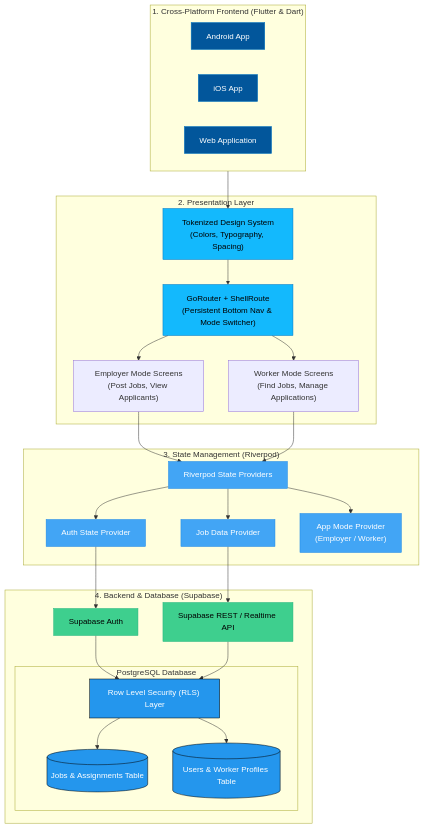
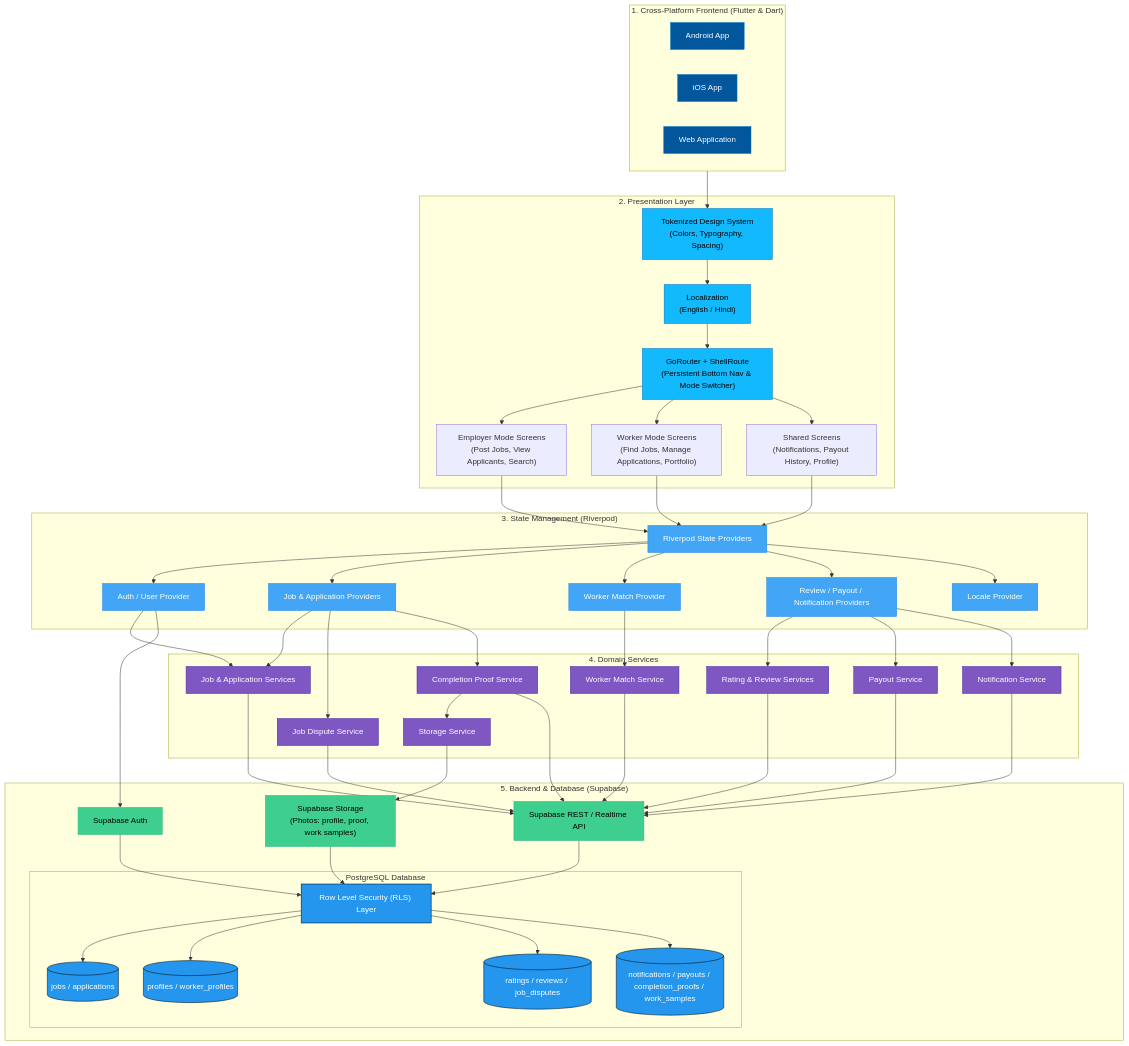
Before and after one commit to sarthakbhagia/Tech-Rush-MVP: the diagram in README.md, drawn with Mermaid. The commit also changed other lines of this file, not shown here.

Commit message:
Updated README file

````diff
--- a/README.md
+++ b/README.md
@@ -62,64 +73,110 @@
     %% UI & Navigation Layer
     subgraph UI_Layer["2. Presentation Layer"]
         DS["Tokenized Design System<br/>(Colors, Typography, Spacing)"]
+        L10N["Localization<br/>(English / Hindi)"]
         GR["GoRouter + ShellRoute<br/>(Persistent Bottom Nav & Mode Switcher)"]
-        
-        EM["Employer Mode Screens<br/>(Post Jobs, View Applicants)"]
-        WM["Worker Mode Screens<br/>(Find Jobs, Manage Applications)"]
+
+        EM["Employer Mode Screens<br/>(Post Jobs, View Applicants, Search)"]
+        WM["Worker Mode Screens<br/>(Find Jobs, Manage Applications, Portfolio)"]
+        SH["Shared Screens<br/>(Notifications, Payout History, Profile)"]
     end
 
     %% State Management Layer
     subgraph State_Layer["3. State Management (Riverpod)"]
         RP["Riverpod State Providers"]
-        AuthProv["Auth State Provider"]
-        JobProv["Job Data Provider"]
-        ModeProv["App Mode Provider<br/>(Employer / Worker)"]
+        AuthProv["Auth / User Provider"]
+        JobProv["Job & Application Providers"]
+        MatchProv["Worker Match Provider"]
+        RevProv["Review / Payout / Notification Providers"]
+        LocaleProv["Locale Provider"]
+    end
+
+    %% Backend Services Layer (Flutter-side service classes)
+    subgraph Service_Layer["4. Domain Services"]
+        JobSvc["Job & Application Services"]
+        MatchSvc["Worker Match Service"]
+        RateSvc["Rating & Review Services"]
+        PayoutSvc["Payout Service"]
+        NotifSvc["Notification Service"]
+        DisputeSvc["Job Dispute Service"]
+        ProofSvc["Completion Proof Service"]
+        StorageSvc["Storage Service"]
     end
 
     %% Backend Services (Supabase)
-    subgraph Backend["4. Backend & Database (Supabase)"]
+    subgraph Backend["5. Backend & Database (Supabase)"]
         S_Auth["Supabase Auth"]
         S_API["Supabase REST / Realtime API"]
-        
+        S_Storage["Supabase Storage<br/>(Photos: profile, proof, work samples)"]
+
         subgraph Postgres["PostgreSQL Database"]
             RLS["Row Level Security (RLS) Layer"]
-            DB_Jobs[("Jobs & Assignments Table")]
-            DB_Users[("Users & Worker Profiles Table")]
+            DB_Jobs[("jobs / applications")]
+            DB_Users[("profiles / worker_profiles")]
+            DB_Trust[("ratings / reviews / job_disputes")]
+            DB_Ops[("notifications / payouts / completion_proofs / work_samples")]
         end
     end
 
     %% Connections
     Platforms --> DS
-    DS --> GR
+    DS --> L10N
+    L10N --> GR
     GR --> EM
     GR --> WM
+    GR --> SH
 
     EM --> RP
     WM --> RP
+    SH --> RP
 
     RP --> AuthProv
     RP --> JobProv
-    RP --> ModeProv
+    RP --> MatchProv
+    RP --> RevProv
+    RP --> LocaleProv
 
+    AuthProv --> JobSvc
+    JobProv --> JobSvc
+    MatchProv --> MatchSvc
+    RevProv --> RateSvc
+    RevProv --> PayoutSvc
+    RevProv --> NotifSvc
+    JobProv --> DisputeSvc
+    JobProv --> ProofSvc
+    ProofSvc --> StorageSvc
+
+    JobSvc --> S_API
+    MatchSvc --> S_API
+    RateSvc --> S_API
+    PayoutSvc --> S_API
+    NotifSvc --> S_API
+    DisputeSvc --> S_API
+    ProofSvc --> S_API
+    StorageSvc --> S_Storage
     AuthProv --> S_Auth
-    JobProv --> S_API
 
     S_Auth --> RLS
     S_API --> RLS
+    S_Storage --> RLS
 
     RLS --> DB_Jobs
     RLS --> DB_Users
+    RLS --> DB_Trust
+    RLS --> DB_Ops
 
     %% Styling / Aesthetics
     classDef frontend fill:#02569B,stroke:#0175C2,color:#FFFFFF;
     classDef router fill:#13B9FD,stroke:#0175C2,color:#000000;
     classDef state fill:#42A5F5,stroke:#1E88E5,color:#FFFFFF;
+    classDef service fill:#7E57C2,stroke:#4527A0,color:#FFFFFF;
     classDef backend fill:#3ECF8E,stroke:#24B47E,color:#000000;
     classDef db fill:#2496ED,stroke:#000000,color:#FFFFFF;
 
     class A,B,C frontend;
-    class GR,DS router;
-    class RP,AuthProv,JobProv,ModeProv state;
-    class S_Auth,S_API backend;
-    class RLS,DB_Jobs,DB_Users db;
+    class GR,DS,L10N router;
+    class RP,AuthProv,JobProv,MatchProv,RevProv,LocaleProv state;
+    class JobSvc,MatchSvc,RateSvc,PayoutSvc,NotifSvc,DisputeSvc,ProofSvc,StorageSvc service;
+    class S_Auth,S_API,S_Storage backend;
+    class RLS,DB_Jobs,DB_Users,DB_Trust,DB_Ops db;
 ```
````
